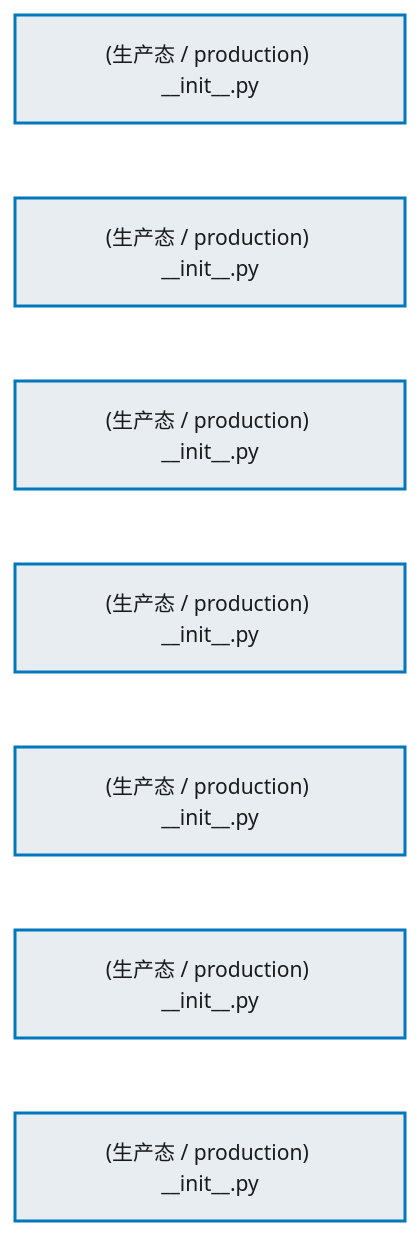
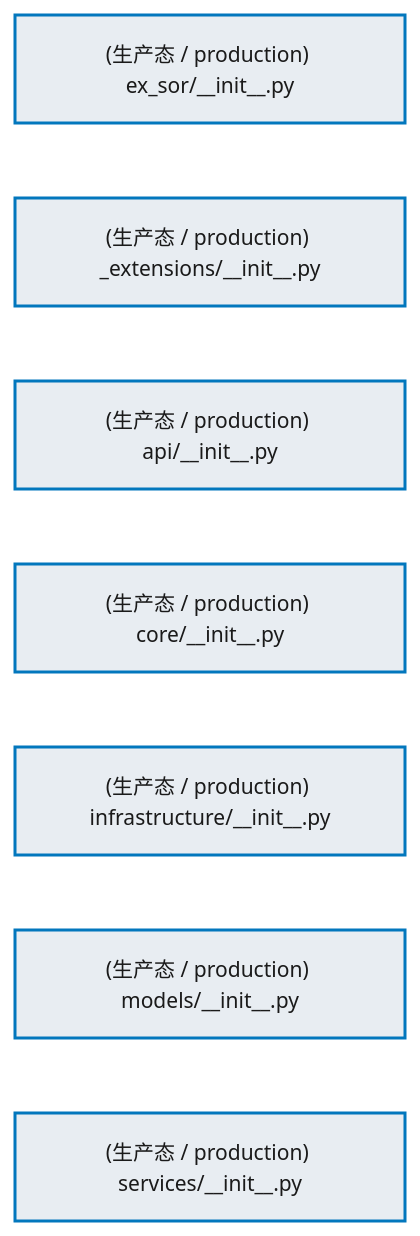
The first of 3 diagrams in docs/02_enterprise_architecture/02_domain_architecture_docs/45_d_ex_sor.md (xuanFelixVan/ZephyrAlpha), drawn with Mermaid before and after one commit. The commit also changed other lines of this file and 63 other files, not shown here.

````diff
--- a/docs/02_enterprise_architecture/02_domain_architecture_docs/45_d_ex_sor.md
+++ b/docs/02_enterprise_architecture/02_domain_architecture_docs/45_d_ex_sor.md
@@ -67,22 +67,22 @@
 ```mermaid
 %%{init: {'theme': 'base', 'themeVariables': {'primaryColor': '#eaeaea', 'primaryTextColor': '#333333', 'primaryBorderColor': '#666666', 'lineColor': '#666666', 'secondaryColor': '#eaeaea', 'tertiaryColor': '#eaeaea', 'fontSize': '14px'}}}%%
 flowchart TD
-    src_zephyr_ex_sor_init_py["(生产态 / production) __init__.py"]
-    src_zephyr_ex_sor_extensions_init_py["(生产态 / production) __init__.py"]
-    src_zephyr_ex_sor_api_init_py["(生产态 / production) __init__.py"]
-    src_zephyr_ex_sor_core_init_py["(生产态 / production) __init__.py"]
-    src_zephyr_ex_sor_infrastructure_init_py["(生产态 / production) __init__.py"]
-    src_zephyr_ex_sor_models_init_py["(生产态 / production) __init__.py"]
-    src_zephyr_ex_sor_services_init_py["(生产态 / production) __init__.py"]
+    src_zephyr_ex_sor_init_py["(生产态 / production) ex_sor/__init__.py"]
+    src_zephyr_ex_sor_extensions_init_py["(生产态 / production) _extensions/__init__.py"]
+    src_zephyr_ex_sor_api_init_py["(生产态 / production) api/__init__.py"]
+    src_zephyr_ex_sor_core_init_py["(生产态 / production) core/__init__.py"]
+    src_zephyr_ex_sor_infrastructure_init_py["(生产态 / production) infrastructure/__init__.py"]
+    src_zephyr_ex_sor_models_init_py["(生产态 / production) models/__init__.py"]
+    src_zephyr_ex_sor_services_init_py["(生产态 / production) services/__init__.py"]
     src_zephyr_ex_sor_init_py ~~~ src_zephyr_ex_sor_extensions_init_py
     src_zephyr_ex_sor_extensions_init_py ~~~ src_zephyr_ex_sor_api_init_py
     src_zephyr_ex_sor_api_init_py ~~~ src_zephyr_ex_sor_core_init_py
     src_zephyr_ex_sor_core_init_py ~~~ src_zephyr_ex_sor_infrastructure_init_py
     src_zephyr_ex_sor_infrastructure_init_py ~~~ src_zephyr_ex_sor_models_init_py
     src_zephyr_ex_sor_models_init_py ~~~ src_zephyr_ex_sor_services_init_py
     classDef production fill:#e8edf2,stroke:#0277bd,stroke-width:2px,color:#1a1a1a
     classDef design fill:#f0ebe3,stroke:#bf360c,stroke-width:2px,color:#1a1a1a,stroke-dasharray: 5 5
     classDef external_prod fill:#e8efe9,stroke:#1b5e20,stroke-width:1px,color:#1a1a1a
     classDef external_design fill:#efe5ea,stroke:#880e4f,stroke-width:1px,color:#1a1a1a,stroke-dasharray: 5 5
     class src_zephyr_ex_sor_init_py,src_zephyr_ex_sor_extensions_init_py,src_zephyr_ex_sor_api_init_py,src_zephyr_ex_sor_core_init_py,src_zephyr_ex_sor_infrastructure_init_py,src_zephyr_ex_sor_models_init_py,src_zephyr_ex_sor_services_init_py production
 ```
````
